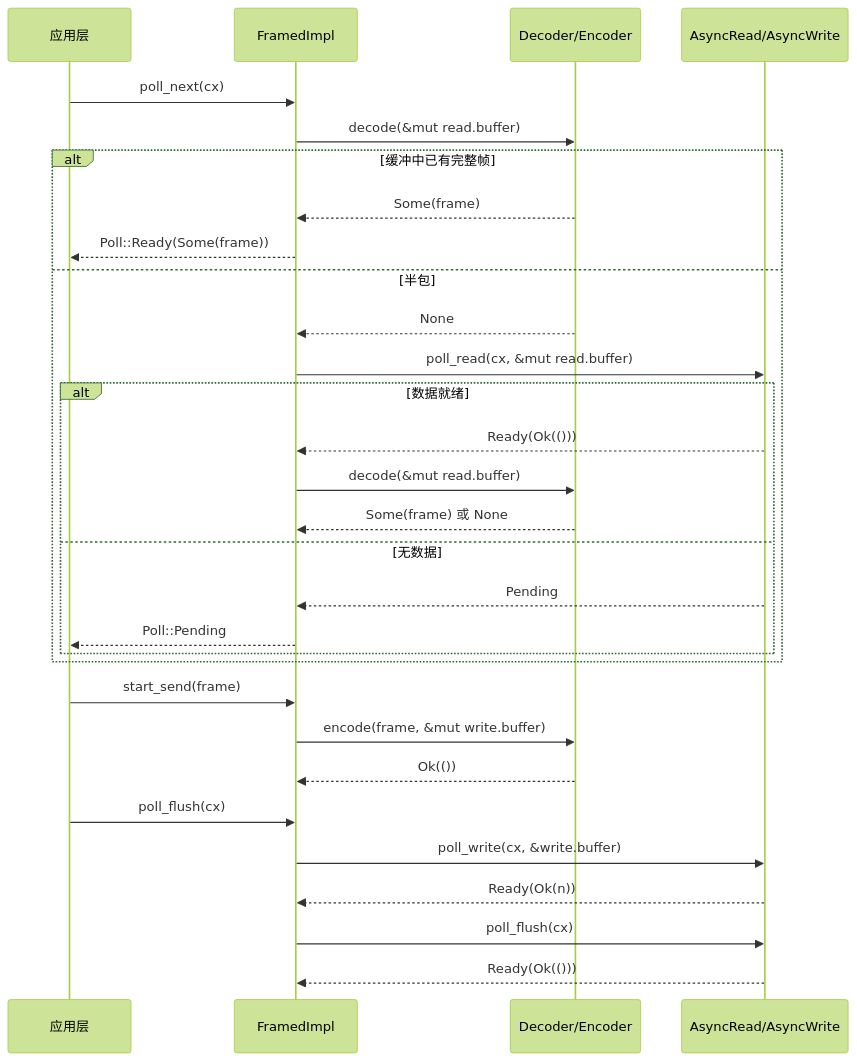
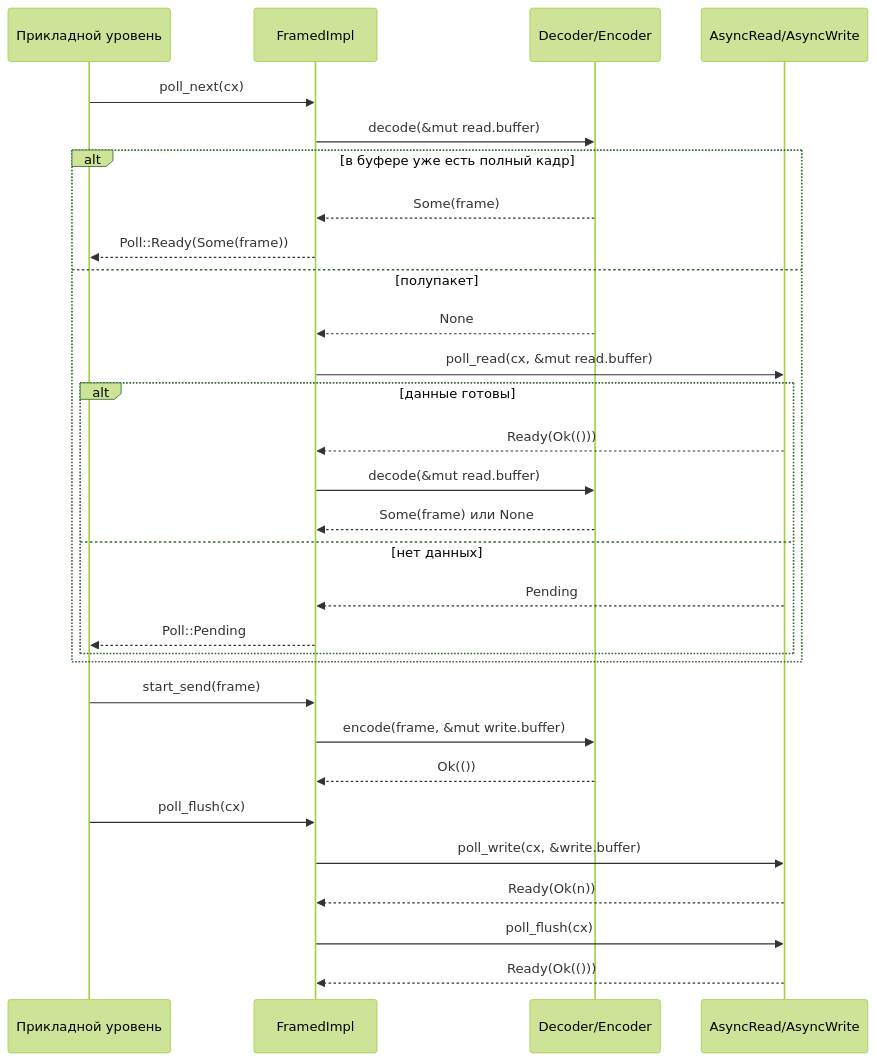
Before and after one commit to maleRjc/AiReadCodeBooks: the second of 3 diagrams in books/tokio/ru/10-backpressure-and-channels.md, drawn with Mermaid (forest theme). The commit also changed other lines of this file and 74 other files, not shown here.

````diff
--- a/books/tokio/ru/10-backpressure-and-channels.md
+++ b/books/tokio/ru/10-backpressure-and-channels.md
@@ -209,34 +209,34 @@
 ```mermaid
 sequenceDiagram
-    participant App as 应用层
+    participant App as Прикладной уровень
     participant F as FramedImpl
     participant C as Decoder/Encoder
     participant IO as AsyncRead/AsyncWrite
 
     App->>F: poll_next(cx)
     F->>C: decode(&mut read.buffer)
-    alt 缓冲中已有完整帧
+    alt в буфере уже есть полный кадр
         C-->>F: Some(frame)
         F-->>App: Poll::Ready(Some(frame))
-    else 半包
+    else полупакет
         C-->>F: None
         F->>IO: poll_read(cx, &mut read.buffer)
-        alt 数据就绪
+        alt данные готовы
             IO-->>F: Ready(Ok(()))
             F->>C: decode(&mut read.buffer)
-            C-->>F: Some(frame) 或 None
-        else 无数据
+            C-->>F: Some(frame) или None
+        else нет данных
             IO-->>F: Pending
             F-->>App: Poll::Pending
         end
     end
 
     App->>F: start_send(frame)
     F->>C: encode(frame, &mut write.buffer)
     C-->>F: Ok(())
     App->>F: poll_flush(cx)
     F->>IO: poll_write(cx, &write.buffer)
     IO-->>F: Ready(Ok(n))
     F->>IO: poll_flush(cx)
     IO-->>F: Ready(Ok(()))
 ```
````
